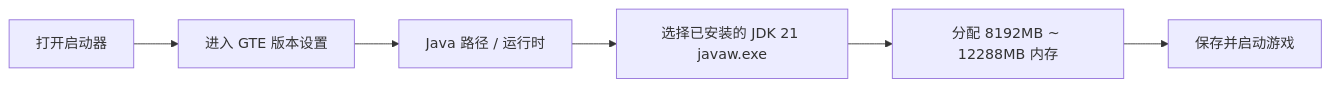
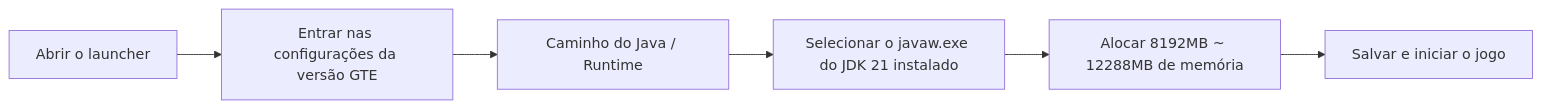
The diagram in docs/pt/download-and-play/lazy-pack.md (takanashisatou/GregtechEasy-Docs), drawn with Mermaid before and after one commit. The commit also changed other lines of this file and 99 other files, not shown here.

````diff
--- a/docs/pt/download-and-play/lazy-pack.md
+++ b/docs/pt/download-and-play/lazy-pack.md
@@ -57,8 +57,8 @@
 ```mermaid
 graph LR
-    A[打开启动器] --> B[进入 GTE 版本设置]
-    B --> C[Java 路径 / 运行时]
-    C --> D[选择已安装的 JDK 21 javaw.exe]
-    D --> E[分配 8192MB ~ 12288MB 内存]
-    E --> F[保存并启动游戏]
+    A[Abrir o launcher] --> B[Entrar nas configurações da versão GTE]
+    B --> C[Caminho do Java / Runtime]
+    C --> D[Selecionar o javaw.exe do JDK 21 instalado]
+    D --> E[Alocar 8192MB ~ 12288MB de memória]
+    E --> F[Salvar e iniciar o jogo]
 ```
````
